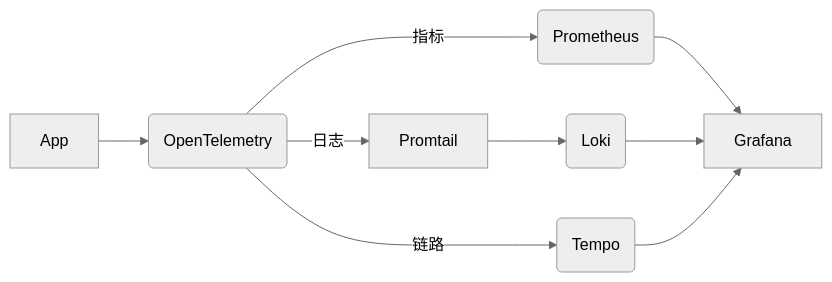
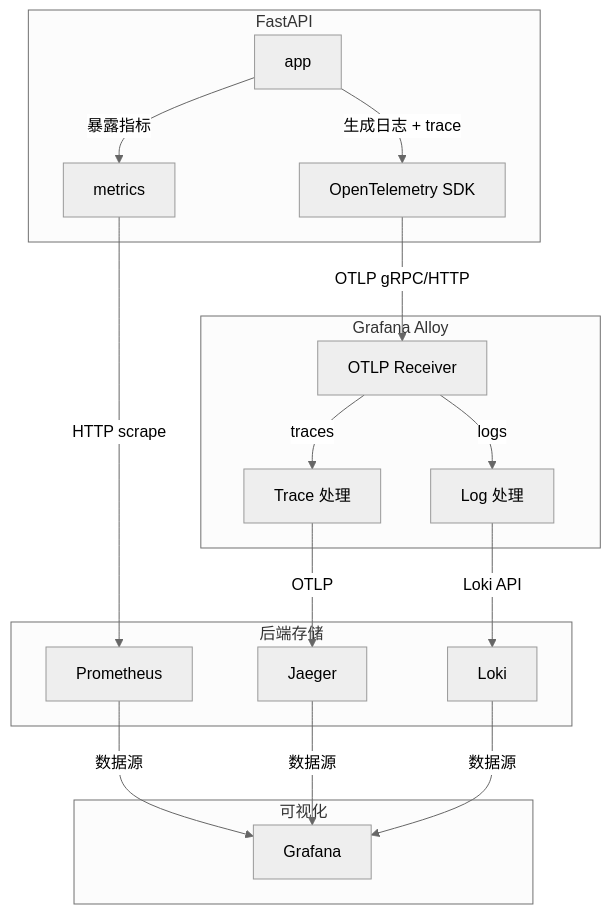
The diagram in doc/note.md (L7WD3-Xiao/devops-observability-workshop), drawn with Mermaid (neutral theme) before and after one commit. The commit also changed other lines of this file and 9 other files, not shown here.

Commit message:
log+trace --stable

````diff
--- a/doc/note.md
+++ b/doc/note.md
@@ -175,10 +175,35 @@
 ```mermaid
-flowchart LR
-    A[App] --> B(OpenTelemetry)
-    B -->|指标| P(Prometheus)
-    P --> G[Grafana]
-    B -->|日志| Promtail --> L(Loki)
-    L --> G[Grafana]
-    B -->|链路| T(Tempo)
-    T --> G[Grafana]
+flowchart TD
+    subgraph App[FastAPI]
+        A[app]
+        O[OpenTelemetry SDK]
+        M[metrics]
+    end
+
+    subgraph Alloy[Grafana Alloy]
+        R[OTLP Receiver]
+        T[Trace 处理]
+        L[Log 处理]
+    end
+
+    subgraph Backend[后端存储]
+        P[Prometheus]
+        Jaeger[Jaeger]
+        Loki[Loki]
+    end
+
+    subgraph Frontend[可视化]
+        G[Grafana]
+    end
+
+	A -- 暴露指标 --> M
+    A -- 生成日志 + trace --> O
+    O -- OTLP gRPC/HTTP --> R
+    R -- traces --> T -- OTLP --> Jaeger
+    R -- logs --> L -- Loki API --> Loki
+    M -- HTTP scrape --> P
+
+    P -- 数据源 --> G
+    Jaeger -- 数据源 --> G
+    Loki -- 数据源 --> G
 ```
````
